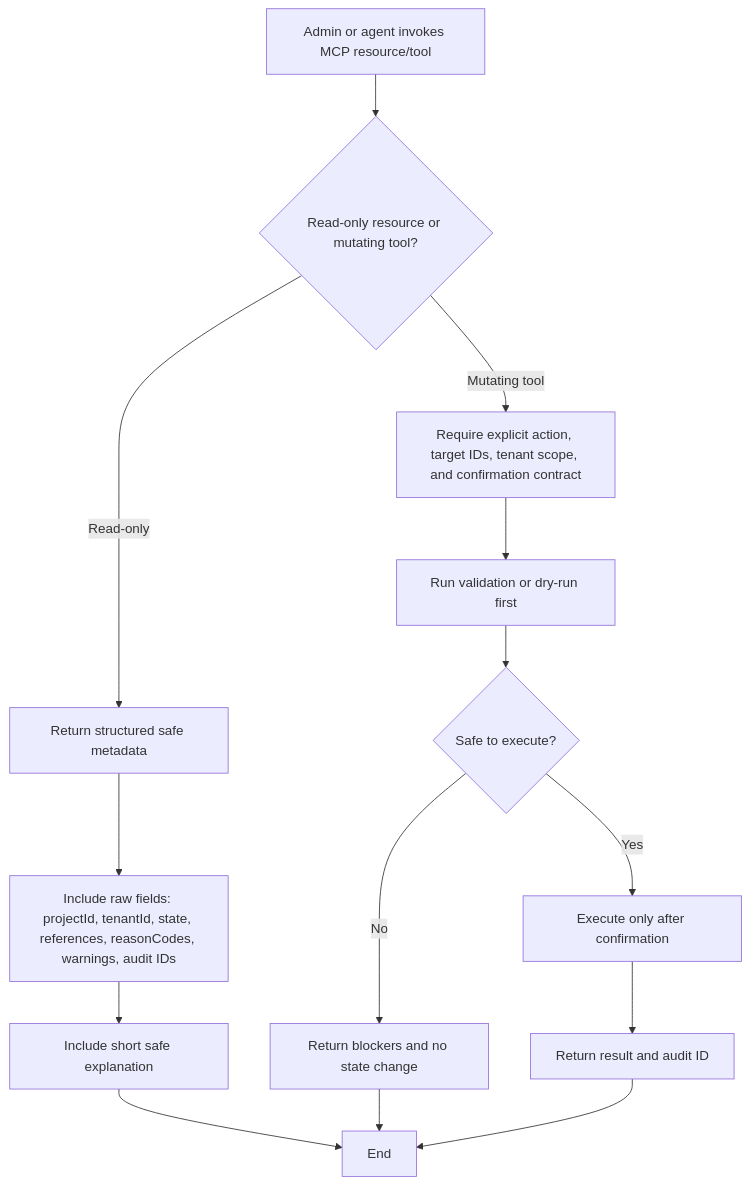
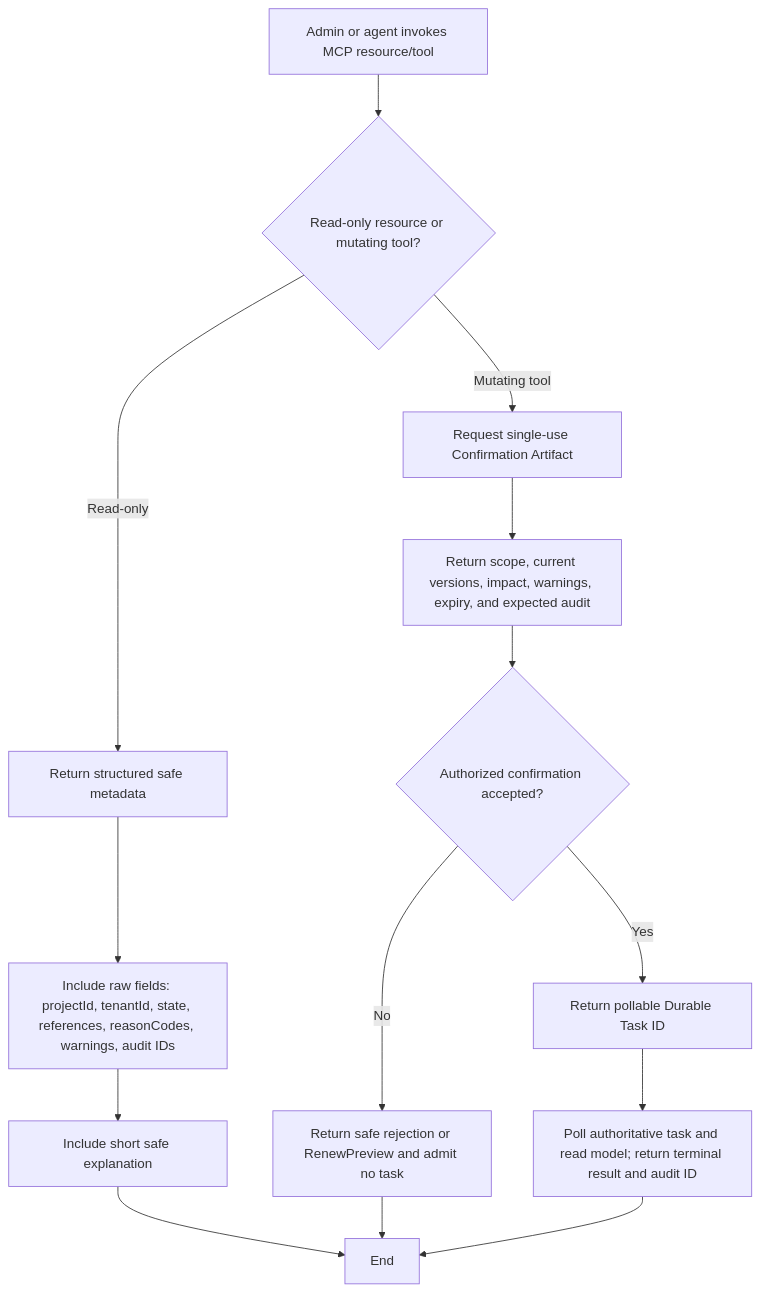
The third of 3 diagrams in _bmad-output/planning-artifacts/ux-design-specification.md (Hexalith/Hexalith.Projects), drawn with Mermaid before and after one commit. The commit also changed other lines of this file and 9 other files, not shown here.

````diff
--- a/_bmad-output/planning-artifacts/ux-design-specification.md
+++ b/_bmad-output/planning-artifacts/ux-design-specification.md
@@ -620,16 +681,16 @@
 ```mermaid
 flowchart TD
     A[Admin or agent invokes MCP resource/tool] --> B{Read-only resource or mutating tool?}
     B -- Read-only --> C[Return structured safe metadata]
     C --> D[Include raw fields: projectId, tenantId, state, references, reasonCodes, warnings, audit IDs]
     D --> E[Include short safe explanation]
-    B -- Mutating tool --> F[Require explicit action, target IDs, tenant scope, and confirmation contract]
-    F --> G[Run validation or dry-run first]
-    G --> H{Safe to execute?}
-    H -- No --> I[Return blockers and no state change]
-    H -- Yes --> J[Execute only after confirmation]
-    J --> K[Return result and audit ID]
+    B -- Mutating tool --> F[Request single-use Confirmation Artifact]
+    F --> G[Return scope, current versions, impact, warnings, expiry, and expected audit]
+    G --> H{Authorized confirmation accepted?}
+    H -- No --> I[Return safe rejection or RenewPreview and admit no task]
+    H -- Yes --> J[Return pollable Durable Task ID]
+    J --> K[Poll authoritative task and read model; return terminal result and audit ID]
     E --> L[End]
     I --> L
     K --> L
 ```
````
